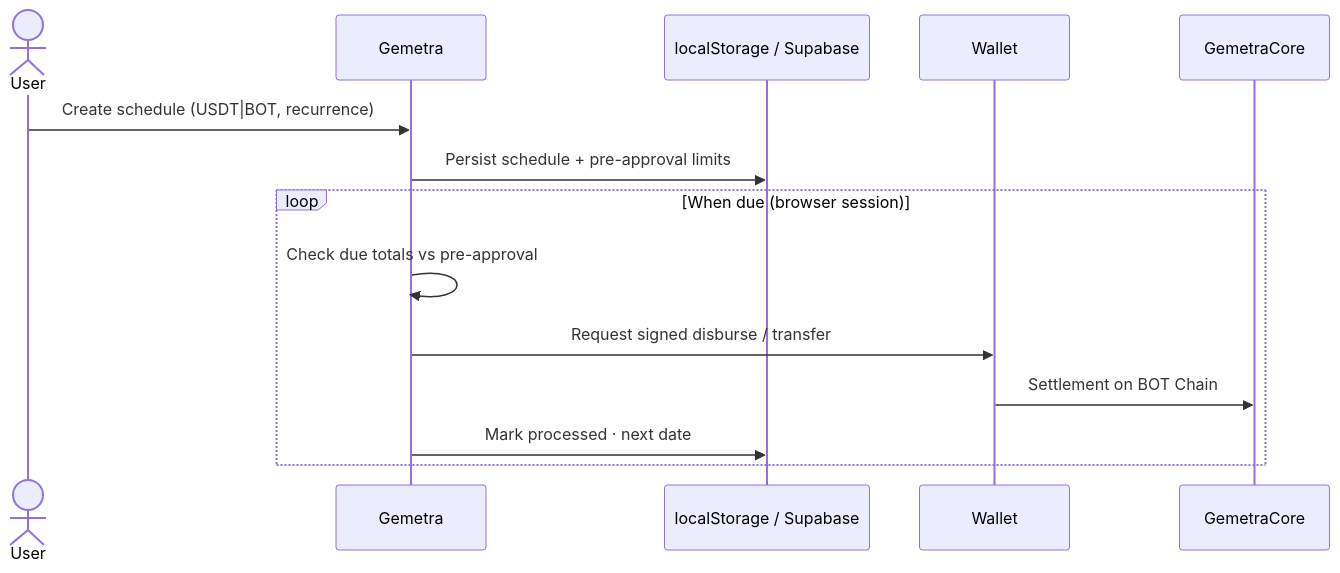
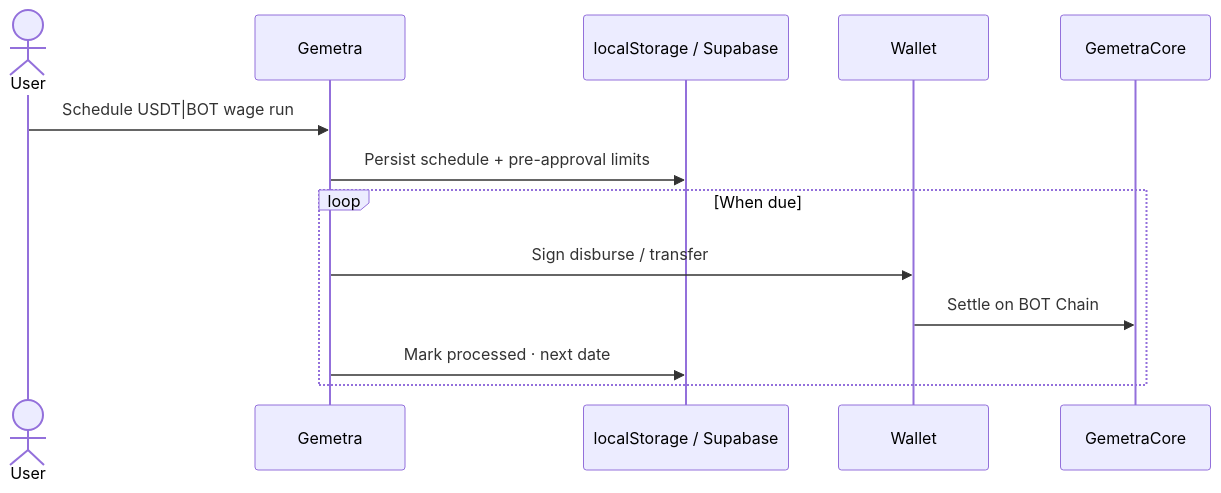
Before and after one commit to AmaanSayyad/Gemetra-BotChain: the fifth of 5 diagrams in README.md, drawn with Mermaid. The commit also changed other lines of this file and 4 other files, not shown here.

````diff
--- a/README.md
+++ b/README.md
@@ -184,17 +176,16 @@
 ```mermaid
 sequenceDiagram
   actor User
   participant UI as Gemetra
   participant LS as localStorage / Supabase
   participant W as Wallet
   participant C as GemetraCore
 
-  User->>UI: Create schedule (USDT|BOT, recurrence)
+  User->>UI: Schedule USDT|BOT wage run
   UI->>LS: Persist schedule + pre-approval limits
-  loop When due (browser session)
-    UI->>UI: Check due totals vs pre-approval
-    UI->>W: Request signed disburse / transfer
-    W->>C: Settlement on BOT Chain
+  loop When due
+    UI->>W: Sign disburse / transfer
+    W->>C: Settle on BOT Chain
     UI->>LS: Mark processed · next date
   end
 ```
````
